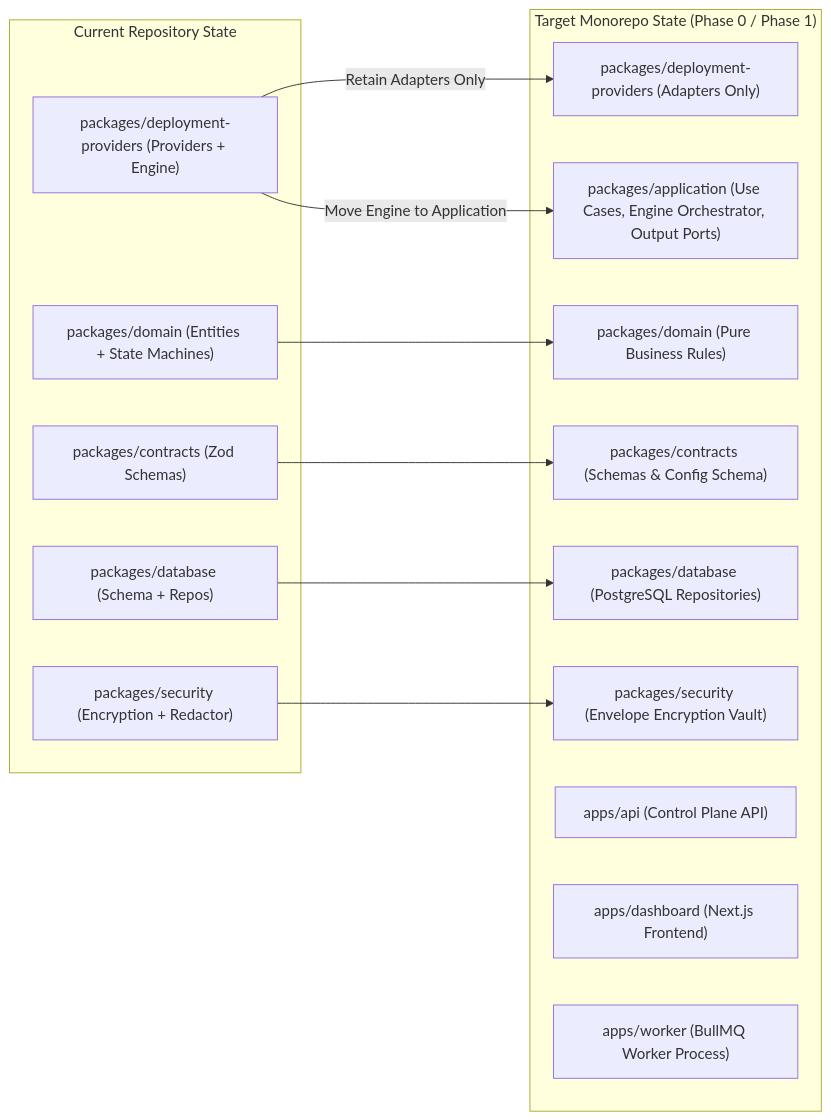
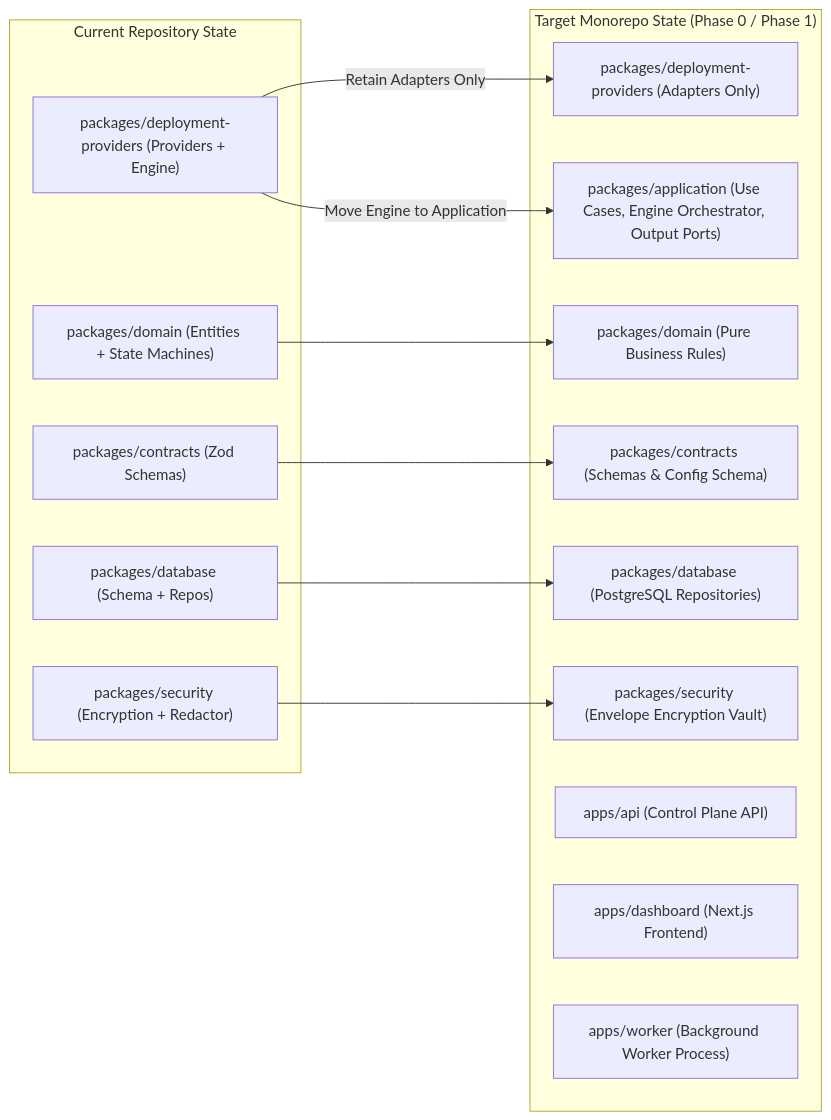
One commit to anwarbuilds1/OpsPilot changed the diagram in docs/REPOSITORY_STRUCTURE.md. Above: the diagram before and after it, drawn with Mermaid. The commit also changed other lines of this file and 40 other files, not shown here.

````diff
--- a/docs/REPOSITORY_STRUCTURE.md
+++ b/docs/REPOSITORY_STRUCTURE.md
@@ -200,29 +200,29 @@
 ```mermaid
 flowchart LR
     subgraph Current ["Current Repository State"]
         CP1["packages/deployment-providers (Providers + Engine)"]
         CP2["packages/database (Schema + Repos)"]
         CP3["packages/security (Encryption + Redactor)"]
         CP4["packages/contracts (Zod Schemas)"]
         CP5["packages/domain (Entities + State Machines)"]
     end
 
     subgraph Target ["Target Monorepo State (Phase 0 / Phase 1)"]
         TP1["packages/deployment-providers (Adapters Only)"]
         TP2["packages/application (Use Cases, Engine Orchestrator, Output Ports)"]
         TP3["packages/domain (Pure Business Rules)"]
         TP4["packages/contracts (Schemas & Config Schema)"]
         TP5["packages/database (PostgreSQL Repositories)"]
         TP6["packages/security (Envelope Encryption Vault)"]
         TP7["apps/api (Control Plane API)"]
         TP8["apps/dashboard (Next.js Frontend)"]
-        TP9["apps/worker (BullMQ Worker Process)"]
+        TP9["apps/worker (Background Worker Process)"]
     end
 
     CP1 -->|Move Engine to Application| TP2
     CP1 -->|Retain Adapters Only| TP1
     CP5 --> TP3
     CP4 --> TP4
     CP2 --> TP5
     CP3 --> TP6
 ```
````
